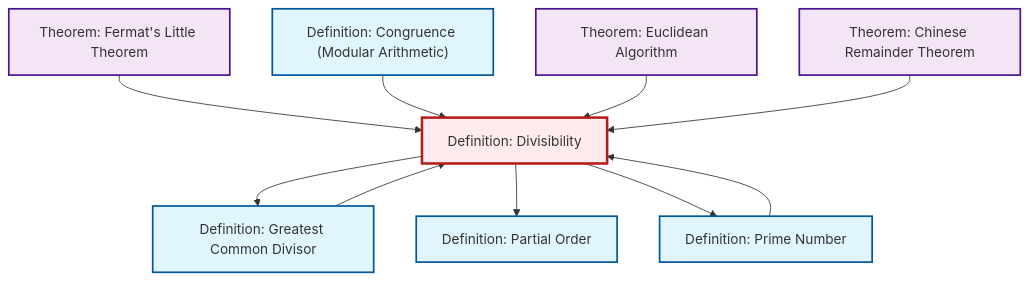
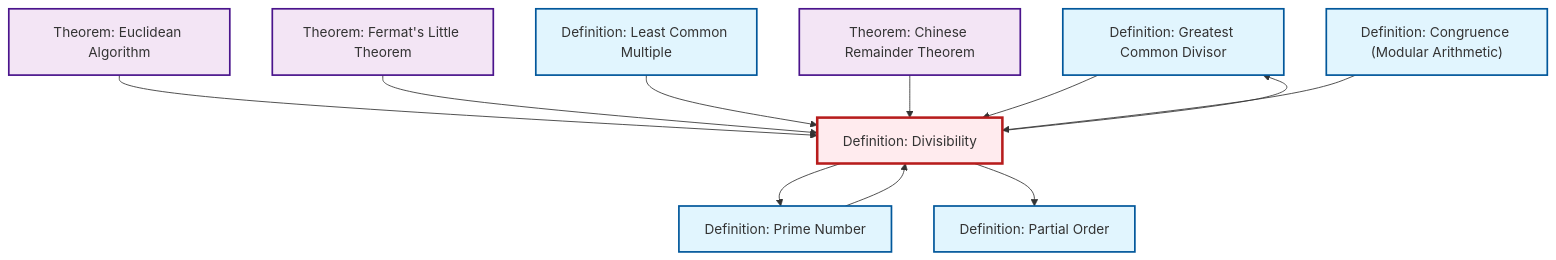
One commit to RK0429/ModernMath changed the diagram in content/ja/number-theory/def-divisibility.qmd. Above: the diagram before and after it, drawn with Mermaid. The commit also changed 634 other files, not shown here.

First line of the commit message:
feat: Add prime ideal definition with comprehensive cross-references

````diff
--- a/content/ja/number-theory/def-divisibility.qmd
+++ b/content/ja/number-theory/def-divisibility.qmd
@@ -98,34 +98,37 @@
 ```{mermaid}
 %%| fig-cap: "Local dependency graph"
 graph TD
     classDef definition fill:#e1f5fe,stroke:#01579b,stroke-width:2px
     classDef theorem fill:#f3e5f5,stroke:#4a148c,stroke-width:2px
     classDef axiom fill:#fff3e0,stroke:#e65100,stroke-width:2px
     classDef example fill:#e8f5e9,stroke:#1b5e20,stroke-width:2px
     classDef current fill:#ffebee,stroke:#b71c1c,stroke-width:3px
+    def-gcd["Definition: Greatest Common Divisor"]:::definition
+    thm-fermat-little["Theorem: Fermat's Little Theorem"]:::theorem
+    def-lcm["Definition: Least Common Multiple"]:::definition
+    def-partial-order["Definition: Partial Order"]:::definition
+    def-congruence["Definition: Congruence (Modular Arithmetic)"]:::definition
     def-divisibility["Definition: Divisibility"]:::definition
-    def-gcd["Definition: Greatest Common Divisor"]:::definition
-    def-congruence["Definition: Congruence (Modular Arithmetic)"]:::definition
+    thm-chinese-remainder["Theorem: Chinese Remainder Theorem"]:::theorem
     def-prime["Definition: Prime Number"]:::definition
-    def-partial-order["Definition: Partial Order"]:::definition
     thm-euclidean-algorithm["Theorem: Euclidean Algorithm"]:::theorem
-    thm-chinese-remainder["Theorem: Chinese Remainder Theorem"]:::theorem
-    thm-fermat-little["Theorem: Fermat's Little Theorem"]:::theorem
+    def-divisibility --> def-prime
+    thm-euclidean-algorithm --> def-divisibility
+    thm-fermat-little --> def-divisibility
     def-divisibility --> def-gcd
-    thm-fermat-little --> def-divisibility
+    def-lcm --> def-divisibility
+    thm-chinese-remainder --> def-divisibility
+    def-gcd --> def-divisibility
+    def-divisibility --> def-partial-order
     def-prime --> def-divisibility
-    def-divisibility --> def-partial-order
-    def-gcd --> def-divisibility
     def-congruence --> def-divisibility
-    thm-euclidean-algorithm --> def-divisibility
-    def-divisibility --> def-prime
-    thm-chinese-remainder --> def-divisibility
     class def-divisibility current
     click def-gcd "def-gcd.html" "Definition: Greatest Common Divisorへ"
+    click thm-fermat-little "thm-fermat-little.html" "Theorem: Fermat's Little Theoremへ"
+    click def-lcm "def-lcm.html" "Definition: Least Common Multipleへ"
+    click def-partial-order "def-partial-order.html" "Definition: Partial Orderへ"
     click def-congruence "def-congruence.html" "Definition: Congruence (Modular Arithmetic)へ"
+    click thm-chinese-remainder "thm-chinese-remainder.html" "Theorem: Chinese Remainder Theoremへ"
     click def-prime "def-prime.html" "Definition: Prime Numberへ"
-    click def-partial-order "def-partial-order.html" "Definition: Partial Orderへ"
     click thm-euclidean-algorithm "thm-euclidean-algorithm.html" "Theorem: Euclidean Algorithmへ"
-    click thm-chinese-remainder "thm-chinese-remainder.html" "Theorem: Chinese Remainder Theoremへ"
-    click thm-fermat-little "thm-fermat-little.html" "Theorem: Fermat's Little Theoremへ"
 ```
````
